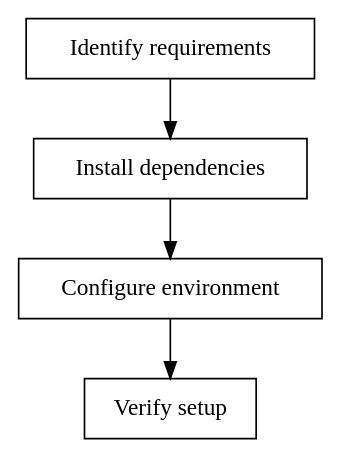
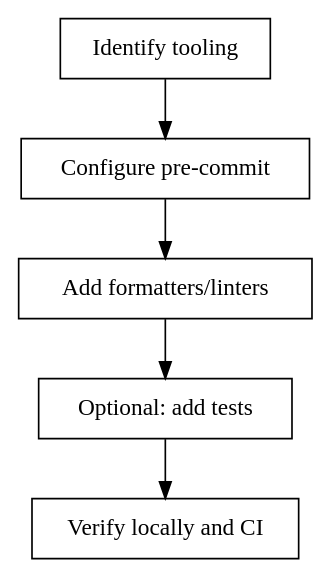
One commit to gverdugo-g14/g14-superpowers-skills changed the diagram in skills/using-superpowers/modes/setup.md. Above: the diagram before and after it, drawn with Graphviz. The commit also changed other lines of this file, not shown here.

Commit message:
docs: update setup mode documentation to clarify developer tooling and pre-commit workflow

````diff
--- a/skills/using-superpowers/modes/setup.md
+++ b/skills/using-superpowers/modes/setup.md
@@ -15,12 +16,14 @@
 ```dot
 digraph setup_mode_flow {
-    "Identify requirements" [shape=box];
-    "Install dependencies" [shape=box];
-    "Configure environment" [shape=box];
-    "Verify setup" [shape=box];
+    "Identify tooling" [shape=box];
+    "Configure pre-commit" [shape=box];
+    "Add formatters/linters" [shape=box];
+    "Optional: add tests" [shape=box];
+    "Verify locally and CI" [shape=box];
 
-    "Identify requirements" -> "Install dependencies";
-    "Install dependencies" -> "Configure environment";
-    "Configure environment" -> "Verify setup";
+    "Identify tooling" -> "Configure pre-commit";
+    "Configure pre-commit" -> "Add formatters/linters";
+    "Add formatters/linters" -> "Optional: add tests";
+    "Optional: add tests" -> "Verify locally and CI";
 }
 ```
````
